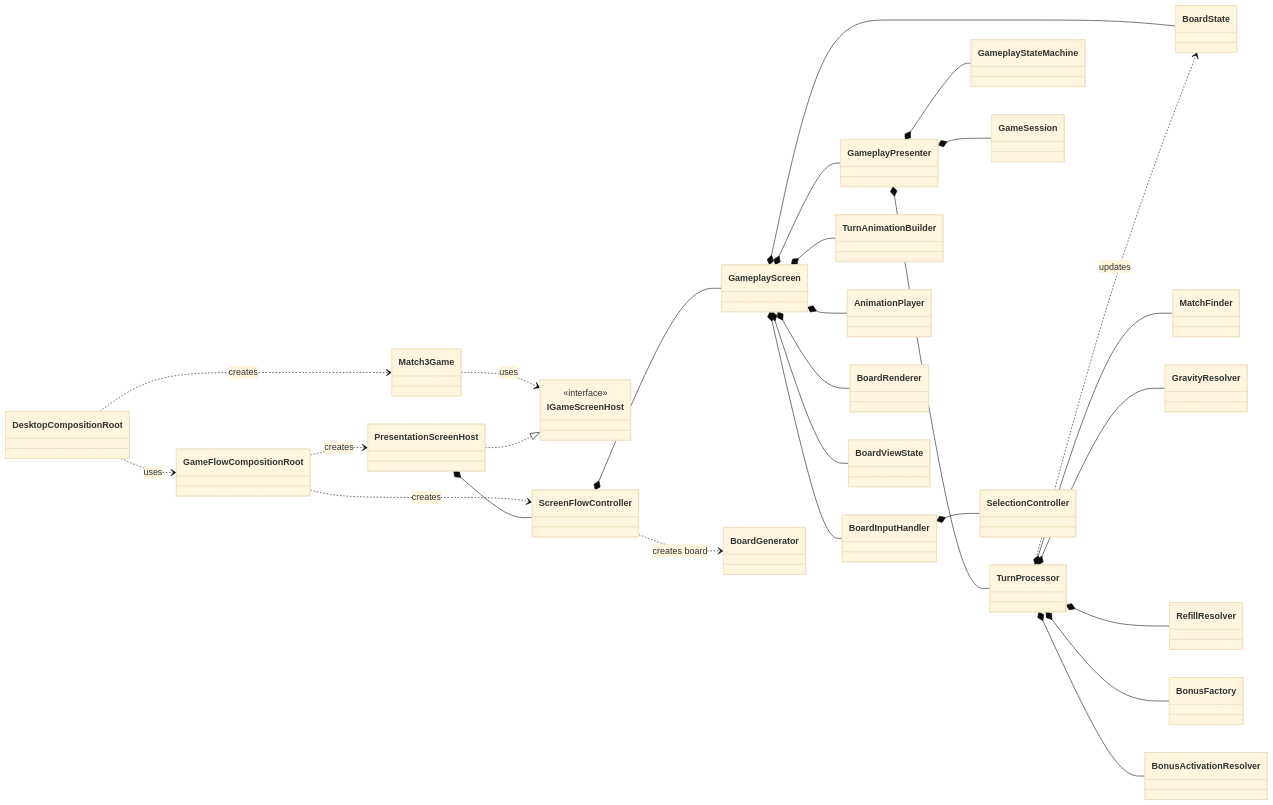
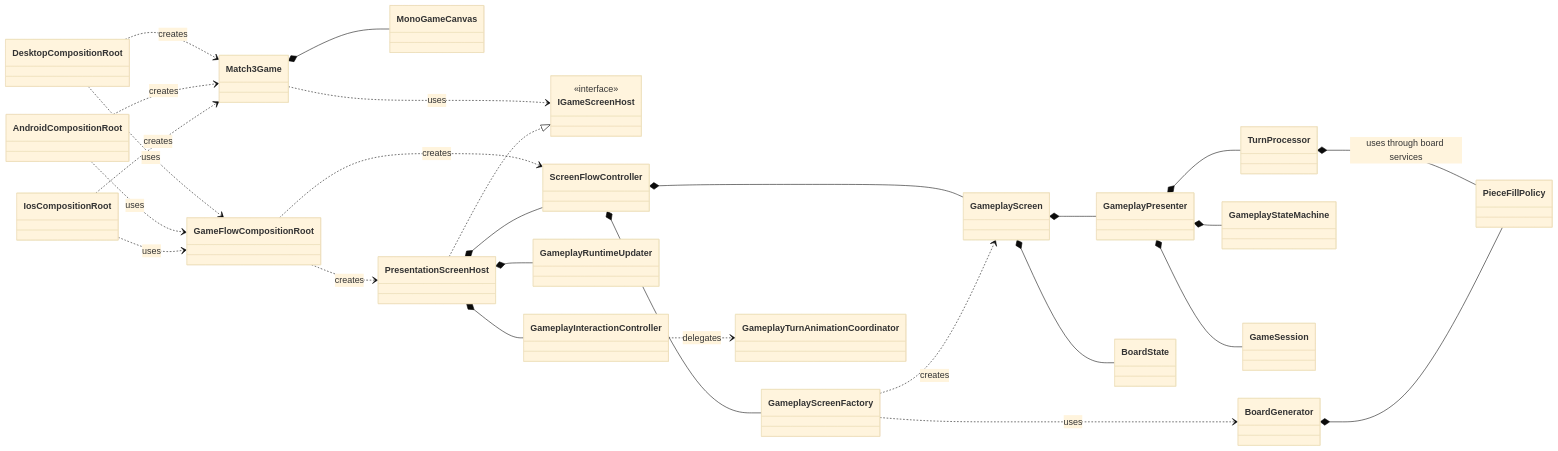
Before and after one commit to zinkins/match3: the diagram in docs/ProjectClassDiagram.Simple.md, drawn with Mermaid (base theme). The commit also changed other lines of this file and 7 other files, not shown here.

````diff
--- a/docs/ProjectClassDiagram.Simple.md
+++ b/docs/ProjectClassDiagram.Simple.md
@@ -5,58 +5,55 @@
 ```mermaid
 classDiagram
 direction LR
 
 class DesktopCompositionRoot
+class AndroidCompositionRoot
+class IosCompositionRoot
 class Match3Game
+class MonoGameCanvas
 class IGameScreenHost {
     <<interface>>
 }
 class GameFlowCompositionRoot
 class PresentationScreenHost
 class ScreenFlowController
+class GameplayScreenFactory
+class GameplayRuntimeUpdater
+class GameplayInteractionController
+class GameplayTurnAnimationCoordinator
 class GameplayScreen
 class GameplayPresenter
-class BoardInputHandler
-class TurnAnimationBuilder
-class AnimationPlayer
-class BoardRenderer
-class BoardViewState
 class TurnProcessor
 class GameplayStateMachine
 class GameSession
-class SelectionController
 class BoardState
 class BoardGenerator
-class MatchFinder
-class GravityResolver
-class RefillResolver
-class BonusFactory
-class BonusActivationResolver
+class PieceFillPolicy
 
 DesktopCompositionRoot ..> Match3Game : creates
+AndroidCompositionRoot ..> Match3Game : creates
+IosCompositionRoot ..> Match3Game : creates
 DesktopCompositionRoot ..> GameFlowCompositionRoot : uses
+AndroidCompositionRoot ..> GameFlowCompositionRoot : uses
+IosCompositionRoot ..> GameFlowCompositionRoot : uses
+Match3Game *-- MonoGameCanvas
 Match3Game ..> IGameScreenHost : uses
 GameFlowCompositionRoot ..> PresentationScreenHost : creates
 GameFlowCompositionRoot ..> ScreenFlowController : creates
 PresentationScreenHost ..|> IGameScreenHost
 PresentationScreenHost *-- ScreenFlowController
+PresentationScreenHost *-- GameplayRuntimeUpdater
+PresentationScreenHost *-- GameplayInteractionController
+ScreenFlowController *-- GameplayScreenFactory
 ScreenFlowController *-- GameplayScreen
-ScreenFlowController ..> BoardGenerator : creates board
+GameplayScreenFactory ..> BoardGenerator : uses
+GameplayScreenFactory ..> GameplayScreen : creates
+GameplayInteractionController ..> GameplayTurnAnimationCoordinator : delegates
 GameplayScreen *-- GameplayPresenter
-GameplayScreen *-- BoardInputHandler
-GameplayScreen *-- TurnAnimationBuilder
-GameplayScreen *-- AnimationPlayer
-GameplayScreen *-- BoardRenderer
-GameplayScreen *-- BoardViewState
 GameplayScreen *-- BoardState
 GameplayPresenter *-- TurnProcessor
 GameplayPresenter *-- GameplayStateMachine
 GameplayPresenter *-- GameSession
-BoardInputHandler *-- SelectionController
-TurnProcessor ..> BoardState : updates
-TurnProcessor *-- MatchFinder
-TurnProcessor *-- GravityResolver
-TurnProcessor *-- RefillResolver
-TurnProcessor *-- BonusFactory
-TurnProcessor *-- BonusActivationResolver
+TurnProcessor *-- PieceFillPolicy : uses through board services
+BoardGenerator *-- PieceFillPolicy
 ```
````
